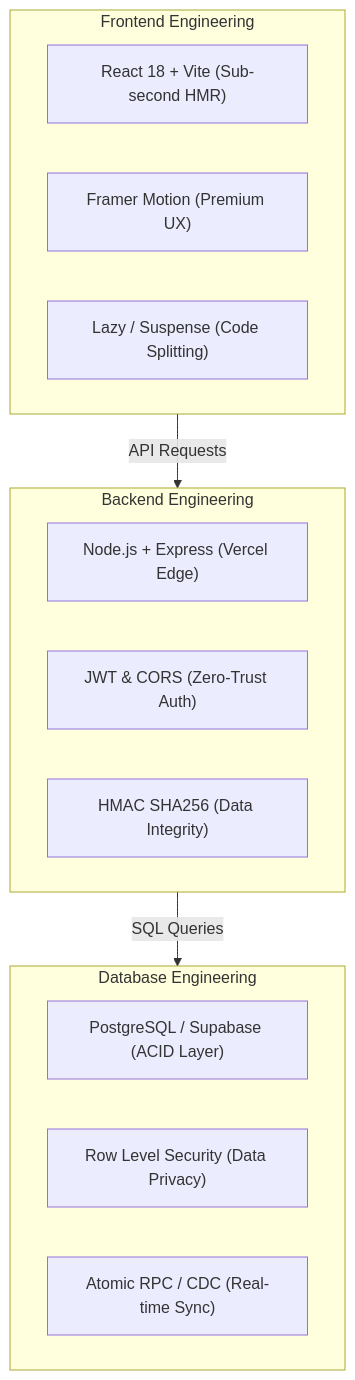
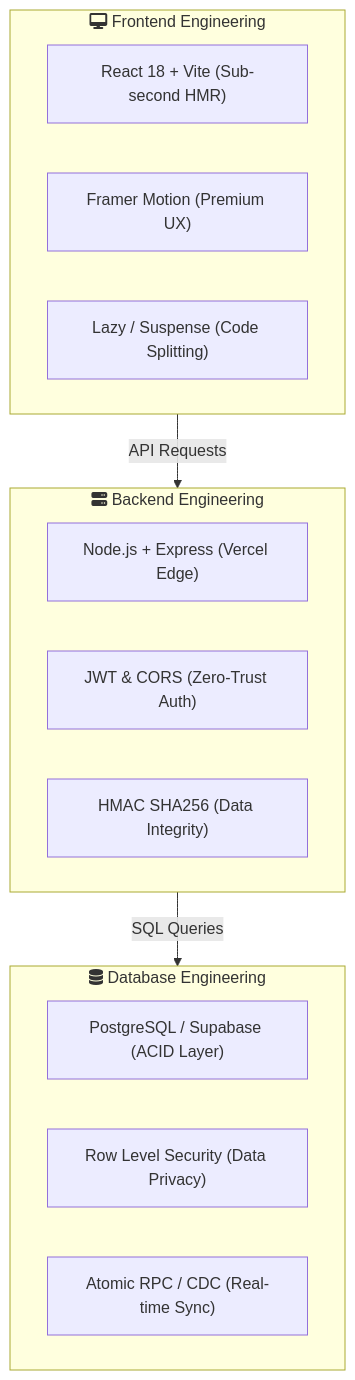
Before and after one commit to kiran-8287/nescafe-iitpkd: the second of 6 diagrams in README.md, drawn with Mermaid. The commit also changed other lines of this file, not shown here.

Commit message:
docs: enhance README with font-awesome icons, Mermaid themes, and improved structural labeling

````diff
--- a/README.md
+++ b/README.md
@@ -57,23 +57,23 @@
 ```mermaid
 flowchart TD
-    subgraph FE ["Frontend Engineering"]
+    subgraph FE ["fa:fa-desktop Frontend Engineering"]
         F1["React 18 + Vite (Sub-second HMR)"]
         F2["Framer Motion (Premium UX)"]
         F3["Lazy / Suspense (Code Splitting)"]
     end
 
-    subgraph BE ["Backend Engineering"]
+    subgraph BE ["fa:fa-server Backend Engineering"]
         B1["Node.js + Express (Vercel Edge)"]
         B2["JWT & CORS (Zero-Trust Auth)"]
         B3["HMAC SHA256 (Data Integrity)"]
     end
 
-    subgraph DB ["Database Engineering"]
+    subgraph DB ["fa:fa-database Database Engineering"]
         D1["PostgreSQL / Supabase (ACID Layer)"]
         D2["Row Level Security (Data Privacy)"]
         D3["Atomic RPC / CDC (Real-time Sync)"]
     end
 
     FE -->|API Requests| BE
     BE -->|SQL Queries| DB
 ```
````
